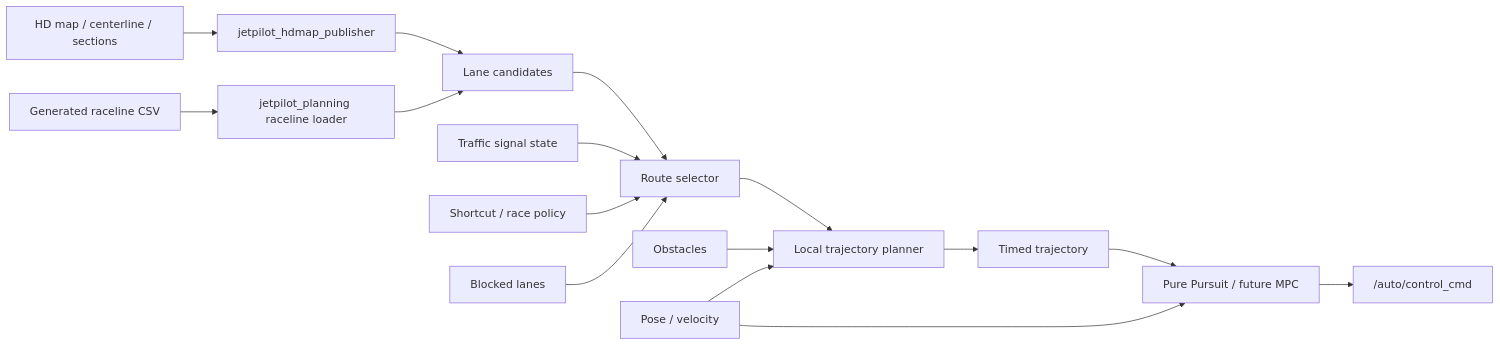
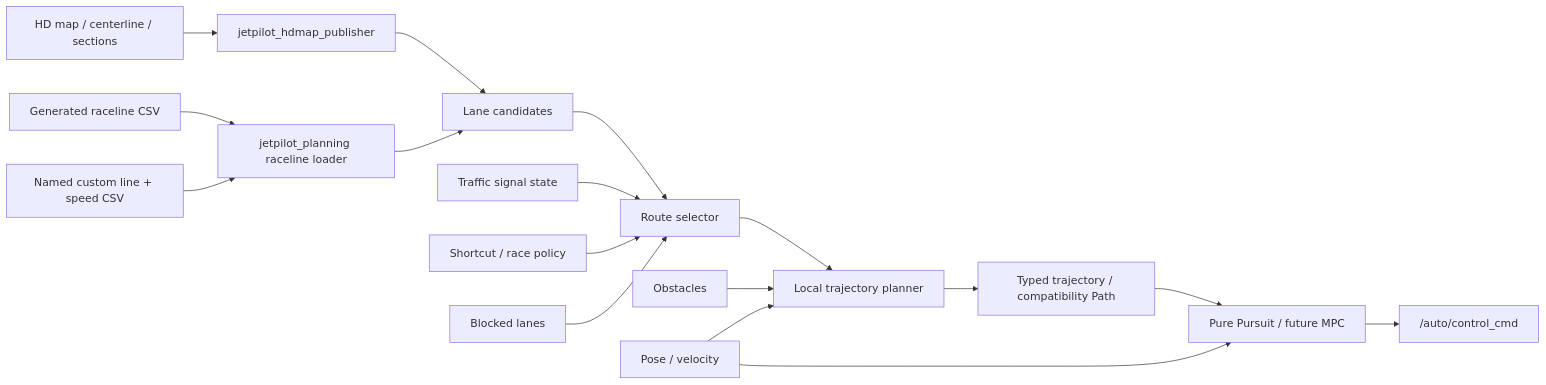
Before and after one commit to Arata-Stu/JetPilot: the diagram in docs/planning_control_architecture.md, drawn with Mermaid. The commit also changed other lines of this file and 55 other files, not shown here.

First line of the commit message:
feat: add trajectory message definitions and speed profile calculations

````diff
--- a/docs/planning_control_architecture.md
+++ b/docs/planning_control_architecture.md
@@ -28,18 +32,19 @@
 ```mermaid
 flowchart LR
   MAP["HD map / centerline / sections"] --> LOADER["jetpilot_hdmap_publisher"]
   RACE["Generated raceline CSV"] --> RACELOADER["jetpilot_planning raceline loader"]
+  CUSTOM["Named custom line + speed CSV"] --> RACELOADER
   LOADER --> GRAPH["Lane candidates"]
   RACELOADER --> GRAPH
   GRAPH --> ROUTE["Route selector"]
   SIGNAL["Traffic signal state"] --> ROUTE
   POLICY["Shortcut / race policy"] --> ROUTE
   BLOCKED["Blocked lanes"] --> ROUTE
   ROUTE --> LOCAL["Local trajectory planner"]
   OBJECTS["Obstacles"] --> LOCAL
   POSE["Pose / velocity"] --> LOCAL
-  LOCAL --> TRAJ["Timed trajectory"]
+  LOCAL --> TRAJ["Typed trajectory / compatibility Path"]
   TRAJ --> CTRL["Pure Pursuit / future MPC"]
   POSE --> CTRL
   CTRL --> CMD["/auto/control_cmd"]
 ```
````
